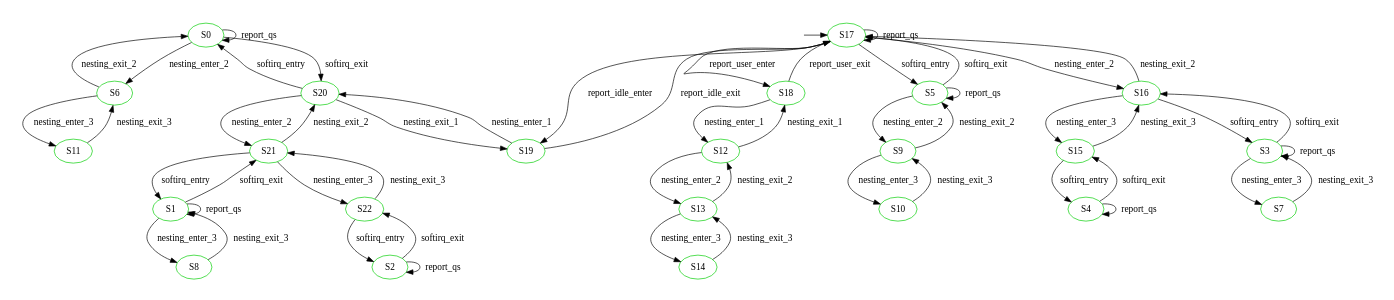
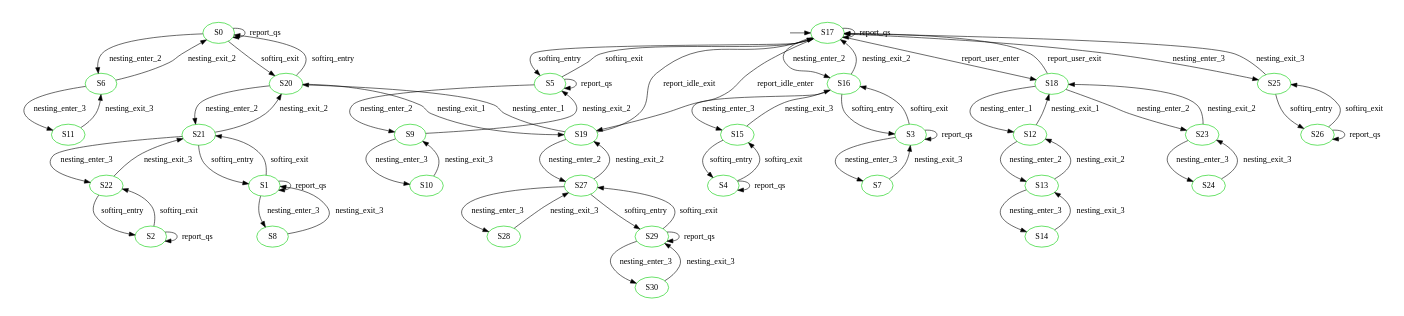
The diagram in RCU_dynticks/final.dot (Madhuparna04/RCU_Supremica_Verifier), drawn with Graphviz before and after one commit. The commit also changed 3 other files, not shown here.

```diff
--- a/RCU_dynticks/final.dot
+++ b/RCU_dynticks/final.dot
@@ -1,130 +1,172 @@
 digraph state_automaton {
 	center = true;
 	size = "7,11";
 	{node [shape = ellipse] "S0"};
 	{node [shape = plaintext] "S0"};
 	{node [shape = ellipse] "S1"};
 	{node [shape = plaintext] "S1"};
 	{node [shape = ellipse] "S10"};
 	{node [shape = plaintext] "S10"};
 	{node [shape = ellipse] "S11"};
 	{node [shape = plaintext] "S11"};
 	{node [shape = ellipse] "S12"};
 	{node [shape = plaintext] "S12"};
 	{node [shape = ellipse] "S13"};
 	{node [shape = plaintext] "S13"};
 	{node [shape = ellipse] "S14"};
 	{node [shape = plaintext] "S14"};
 	{node [shape = ellipse] "S15"};
 	{node [shape = plaintext] "S15"};
 	{node [shape = ellipse] "S16"};
 	{node [shape = plaintext] "S16"};
 	{node [shape = plaintext, style=invis, label=""] "__init_S17"};
 	{node [shape = ellipse] "S17"};
 	{node [shape = plaintext] "S17"};
 	{node [shape = ellipse] "S18"};
 	{node [shape = plaintext] "S18"};
 	{node [shape = ellipse] "S19"};
 	{node [shape = plaintext] "S19"};
 	{node [shape = ellipse] "S2"};
 	{node [shape = plaintext] "S2"};
 	{node [shape = ellipse] "S20"};
 	{node [shape = plaintext] "S20"};
 	{node [shape = ellipse] "S21"};
 	{node [shape = plaintext] "S21"};
 	{node [shape = ellipse] "S22"};
 	{node [shape = plaintext] "S22"};
+	{node [shape = ellipse] "S23"};
+	{node [shape = plaintext] "S23"};
+	{node [shape = ellipse] "S24"};
+	{node [shape = plaintext] "S24"};
+	{node [shape = ellipse] "S25"};
+	{node [shape = plaintext] "S25"};
+	{node [shape = ellipse] "S26"};
+	{node [shape = plaintext] "S26"};
+	{node [shape = ellipse] "S27"};
+	{node [shape = plaintext] "S27"};
+	{node [shape = ellipse] "S28"};
+	{node [shape = plaintext] "S28"};
+	{node [shape = ellipse] "S29"};
+	{node [shape = plaintext] "S29"};
 	{node [shape = ellipse] "S3"};
 	{node [shape = plaintext] "S3"};
+	{node [shape = ellipse] "S30"};
+	{node [shape = plaintext] "S30"};
 	{node [shape = ellipse] "S4"};
 	{node [shape = plaintext] "S4"};
 	{node [shape = ellipse] "S5"};
 	{node [shape = plaintext] "S5"};
 	{node [shape = ellipse] "S6"};
 	{node [shape = plaintext] "S6"};
 	{node [shape = ellipse] "S7"};
 	{node [shape = plaintext] "S7"};
 	{node [shape = ellipse] "S8"};
 	{node [shape = plaintext] "S8"};
 	{node [shape = ellipse] "S9"};
 	{node [shape = plaintext] "S9"};
 	"__init_S17" -> "S17";
 	"S0" [label = "S0", color = green3]; 
 	"S0" -> "S0" [ label = "report_qs" ];
 	"S0" -> "S20" [ label = "softirq_exit" ];
 	"S0" -> "S6" [ label = "nesting_enter_2" ];
 	"S1" [label = "S1", color = green3]; 
 	"S1" -> "S1" [ label = "report_qs" ];
 	"S1" -> "S21" [ label = "softirq_exit" ];
 	"S1" -> "S8" [ label = "nesting_enter_3" ];
 	"S10" [label = "S10", color = green3]; 
 	"S10" -> "S9" [ label = "nesting_exit_3" ];
 	"S11" [label = "S11", color = green3]; 
 	"S11" -> "S6" [ label = "nesting_exit_3" ];
 	"S12" [label = "S12", color = green3]; 
 	"S12" -> "S13" [ label = "nesting_enter_2" ];
 	"S12" -> "S18" [ label = "nesting_exit_1" ];
 	"S13" [label = "S13", color = green3]; 
 	"S13" -> "S12" [ label = "nesting_exit_2" ];
 	"S13" -> "S14" [ label = "nesting_enter_3" ];
 	"S14" [label = "S14", color = green3]; 
 	"S14" -> "S13" [ label = "nesting_exit_3" ];
 	"S15" [label = "S15", color = green3]; 
 	"S15" -> "S16" [ label = "nesting_exit_3" ];
 	"S15" -> "S4" [ label = "softirq_entry" ];
 	"S16" [label = "S16", color = green3]; 
 	"S16" -> "S15" [ label = "nesting_enter_3" ];
 	"S16" -> "S17" [ label = "nesting_exit_2" ];
 	"S16" -> "S3" [ label = "softirq_entry" ];
 	"S17" [label = "S17", color = green3]; 
 	"S17" -> "S16" [ label = "nesting_enter_2" ];
 	"S17" -> "S17" [ label = "report_qs" ];
 	"S17" -> "S18" [ label = "report_user_enter" ];
 	"S17" -> "S19" [ label = "report_idle_enter" ];
+	"S17" -> "S25" [ label = "nesting_enter_3" ];
 	"S17" -> "S5" [ label = "softirq_entry" ];
 	"S18" [label = "S18", color = green3]; 
 	"S18" -> "S12" [ label = "nesting_enter_1" ];
 	"S18" -> "S17" [ label = "report_user_exit" ];
+	"S18" -> "S23" [ label = "nesting_enter_2" ];
 	"S19" [label = "S19", color = green3]; 
 	"S19" -> "S17" [ label = "report_idle_exit" ];
 	"S19" -> "S20" [ label = "nesting_enter_1" ];
+	"S19" -> "S27" [ label = "nesting_enter_2" ];
 	"S2" [label = "S2", color = green3]; 
 	"S2" -> "S2" [ label = "report_qs" ];
 	"S2" -> "S22" [ label = "softirq_exit" ];
 	"S20" [label = "S20", color = green3]; 
 	"S20" -> "S0" [ label = "softirq_entry" ];
 	"S20" -> "S19" [ label = "nesting_exit_1" ];
 	"S20" -> "S21" [ label = "nesting_enter_2" ];
 	"S21" [label = "S21", color = green3]; 
 	"S21" -> "S1" [ label = "softirq_entry" ];
 	"S21" -> "S20" [ label = "nesting_exit_2" ];
 	"S21" -> "S22" [ label = "nesting_enter_3" ];
 	"S22" [label = "S22", color = green3]; 
 	"S22" -> "S2" [ label = "softirq_entry" ];
 	"S22" -> "S21" [ label = "nesting_exit_3" ];
+	"S23" [label = "S23", color = green3]; 
+	"S23" -> "S18" [ label = "nesting_exit_2" ];
+	"S23" -> "S24" [ label = "nesting_enter_3" ];
+	"S24" [label = "S24", color = green3]; 
+	"S24" -> "S23" [ label = "nesting_exit_3" ];
+	"S25" [label = "S25", color = green3]; 
+	"S25" -> "S17" [ label = "nesting_exit_3" ];
+	"S25" -> "S26" [ label = "softirq_entry" ];
+	"S26" [label = "S26", color = green3]; 
+	"S26" -> "S25" [ label = "softirq_exit" ];
+	"S26" -> "S26" [ label = "report_qs" ];
+	"S27" [label = "S27", color = green3]; 
+	"S27" -> "S19" [ label = "nesting_exit_2" ];
+	"S27" -> "S28" [ label = "nesting_enter_3" ];
+	"S27" -> "S29" [ label = "softirq_entry" ];
+	"S28" [label = "S28", color = green3]; 
+	"S28" -> "S27" [ label = "nesting_exit_3" ];
+	"S29" [label = "S29", color = green3]; 
+	"S29" -> "S27" [ label = "softirq_exit" ];
+	"S29" -> "S29" [ label = "report_qs" ];
+	"S29" -> "S30" [ label = "nesting_enter_3" ];
 	"S3" [label = "S3", color = green3]; 
 	"S3" -> "S16" [ label = "softirq_exit" ];
 	"S3" -> "S3" [ label = "report_qs" ];
 	"S3" -> "S7" [ label = "nesting_enter_3" ];
+	"S30" [label = "S30", color = green3]; 
+	"S30" -> "S29" [ label = "nesting_exit_3" ];
 	"S4" [label = "S4", color = green3]; 
 	"S4" -> "S15" [ label = "softirq_exit" ];
 	"S4" -> "S4" [ label = "report_qs" ];
 	"S5" [label = "S5", color = green3]; 
 	"S5" -> "S17" [ label = "softirq_exit" ];
 	"S5" -> "S5" [ label = "report_qs" ];
 	"S5" -> "S9" [ label = "nesting_enter_2" ];
 	"S6" [label = "S6", color = green3]; 
 	"S6" -> "S0" [ label = "nesting_exit_2" ];
 	"S6" -> "S11" [ label = "nesting_enter_3" ];
 	"S7" [label = "S7", color = green3]; 
 	"S7" -> "S3" [ label = "nesting_exit_3" ];
 	"S8" [label = "S8", color = green3]; 
 	"S8" -> "S1" [ label = "nesting_exit_3" ];
 	"S9" [label = "S9", color = green3]; 
 	"S9" -> "S10" [ label = "nesting_enter_3" ];
 	"S9" -> "S5" [ label = "nesting_exit_2" ];
 	{ rank = min ;
 		"__init_S17";
 		"S17";
 	}
 }
```
